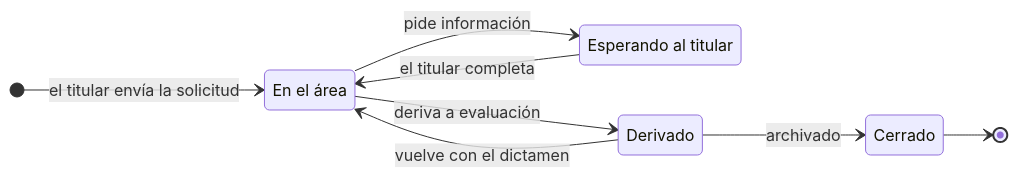
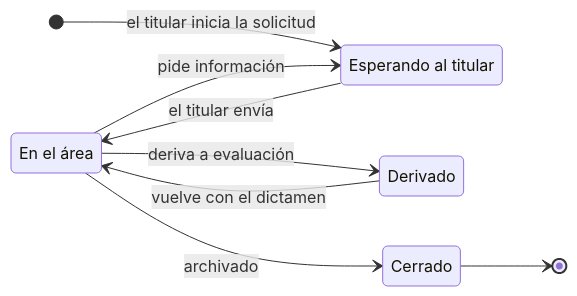
One commit to SIGTA-FIUBA/SIGTA changed the second of 6 diagrams in README.md. Above: the diagram before and after it, drawn with Mermaid. The commit also changed other lines of this file and 36 other files, not shown here.

````diff
--- a/README.md
+++ b/README.md
@@ -70,16 +70,16 @@
 ```mermaid
 stateDiagram-v2
     direction LR
     state "En el área" as Area
     state "Esperando al titular" as Titular
     state "Derivado" as Derivado
     state "Cerrado" as Cerrado
 
-    [*] --> Area: el titular envía la solicitud
+    [*] --> Titular: el titular inicia la solicitud
+    Titular --> Area: el titular envía
     Area --> Titular: pide información
-    Titular --> Area: el titular completa
     Area --> Derivado: deriva a evaluación
     Derivado --> Area: vuelve con el dictamen
-    Derivado --> Cerrado: archivado
+    Area --> Cerrado: archivado
     Cerrado --> [*]
 ```
````
